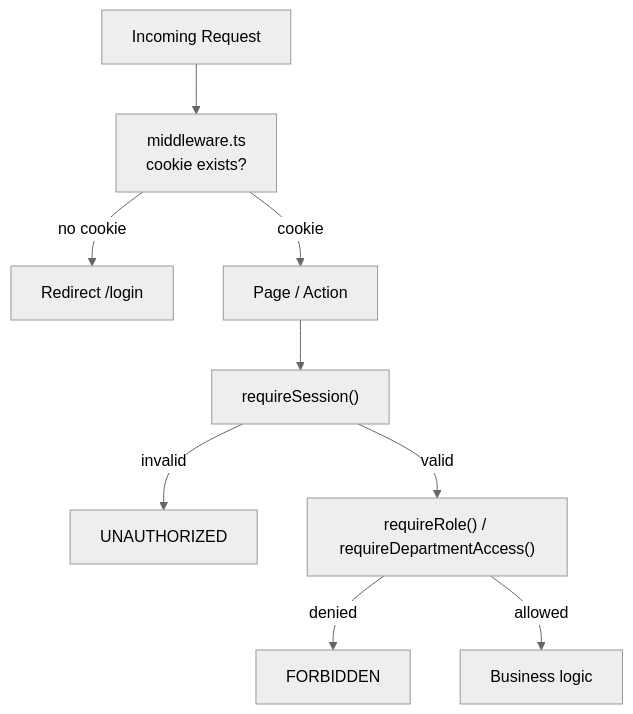
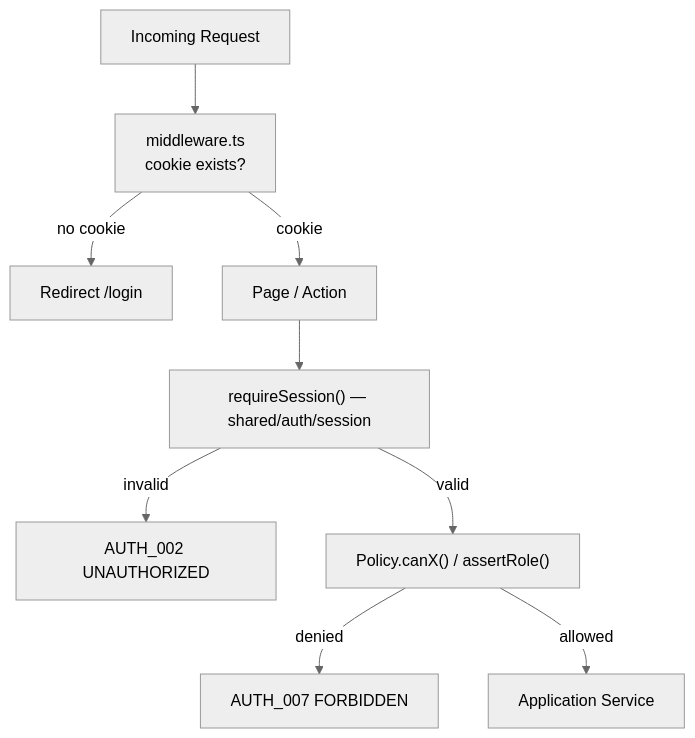
Before and after one commit to Shivayaagrawal/assetflow: the eighth of 8 diagrams in docs/lld.md, drawn with Mermaid (neutral theme). The commit also changed other lines of this file and 9 other files, not shown here.

First line of the commit message:
docs(shared): align HLD/LLD with frozen modules architecture

````diff
--- a/docs/lld.md
+++ b/docs/lld.md
@@ -413,11 +456,11 @@
 ```mermaid
 flowchart TB
   Request["Incoming Request"] --> MW["middleware.ts<br/>cookie exists?"]
   MW -->|no cookie| Redirect["Redirect /login"]
   MW -->|cookie| Page["Page / Action"]
-  Page --> RS["requireSession()"]
-  RS -->|invalid| Err401["UNAUTHORIZED"]
-  RS -->|valid| RR["requireRole() / requireDepartmentAccess()"]
-  RR -->|denied| Err403["FORBIDDEN"]
-  RR -->|allowed| Handler["Business logic"]
+  Page --> RS["requireSession() — shared/auth/session"]
+  RS -->|invalid| Err401["AUTH_002 UNAUTHORIZED"]
+  RS -->|valid| Policy["Policy.canX() / assertRole()"]
+  Policy -->|denied| Err403["AUTH_007 FORBIDDEN"]
+  Policy -->|allowed| Service["Application Service"]
 ```
````
